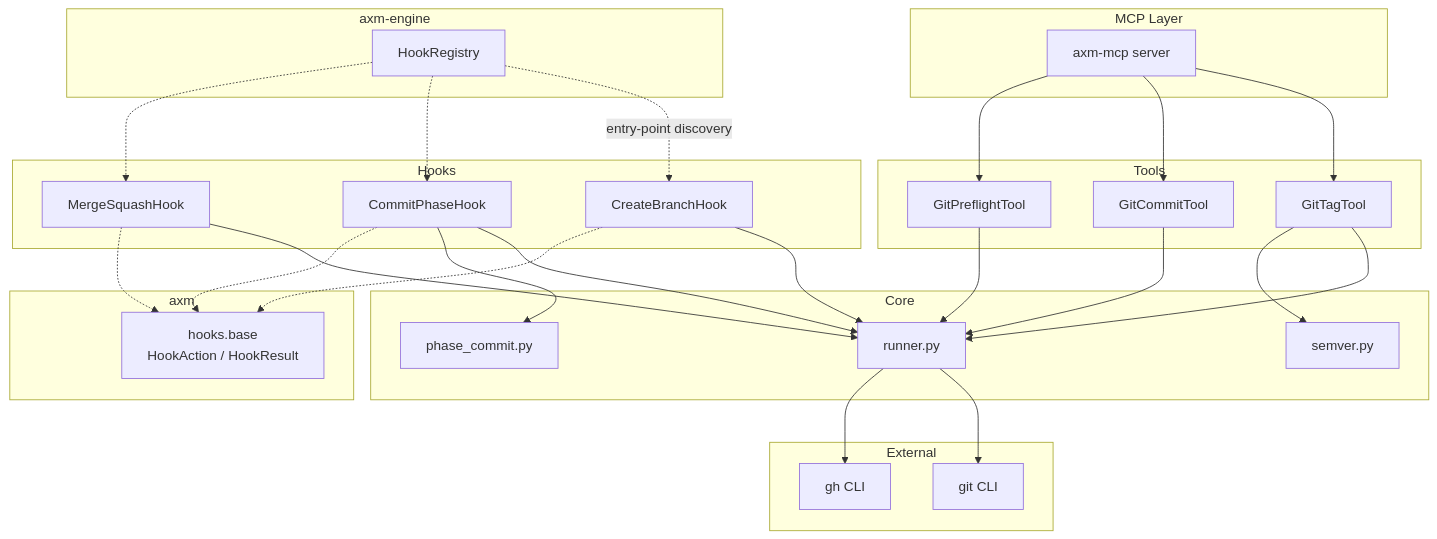
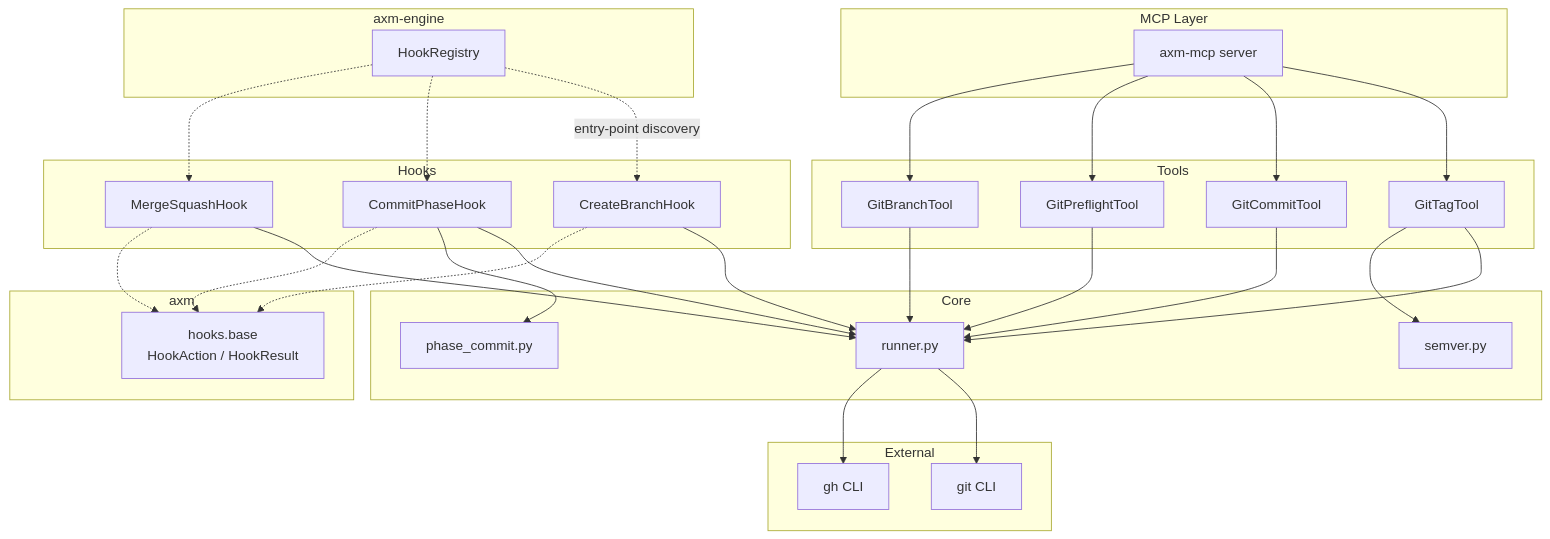
Before and after one commit to axm-protocols/axm-forge: the diagram in docs/explanation/architecture.md, drawn with Mermaid. The commit also changed other lines of this file and 5 other files, not shown here.

First line of the commit message:
feat(git): add git_branch MCP tool [AXM-59]

````diff
--- a/docs/explanation/architecture.md
+++ b/docs/explanation/architecture.md
@@ -7,57 +7,60 @@
 ```mermaid
 graph TD
     subgraph "MCP Layer"
         MCP["axm-mcp server"]
     end
 
     subgraph "Tools"
         Tag["GitTagTool"]
         Commit["GitCommitTool"]
         Preflight["GitPreflightTool"]
+        Branch["GitBranchTool"]
     end
 
     subgraph "Hooks"
         CB["CreateBranchHook"]
         CP["CommitPhaseHook"]
         MS["MergeSquashHook"]
     end
 
     subgraph "Core"
         Runner["runner.py"]
         Semver["semver.py"]
         PhaseCommit["phase_commit.py"]
     end
 
     subgraph "External"
         Git["git CLI"]
         GH["gh CLI"]
     end
 
     subgraph "axm"
         HookBase["hooks.base<br>HookAction / HookResult"]
     end
 
     subgraph "axm-engine"
         Registry["HookRegistry"]
     end
 
     MCP --> Tag
     MCP --> Commit
     MCP --> Preflight
+    MCP --> Branch
     Tag --> Runner
     Tag --> Semver
     Commit --> Runner
     Preflight --> Runner
+    Branch --> Runner
     CB --> Runner
     CP --> Runner
     CP --> PhaseCommit
     MS --> Runner
     Runner --> Git
     Runner --> GH
     CB -.-> HookBase
     CP -.-> HookBase
     MS -.-> HookBase
     Registry -.->|"entry-point discovery"| CB
     Registry -.-> CP
     Registry -.-> MS
 ```
````
